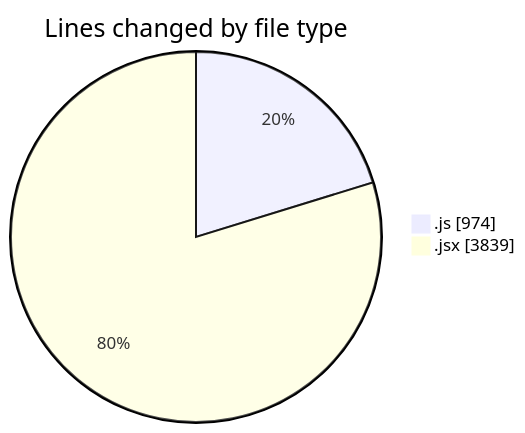
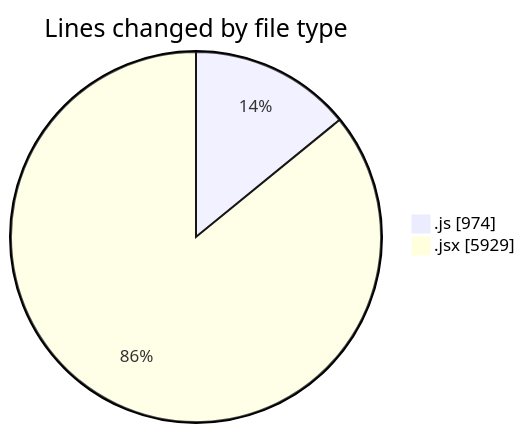
The first of 2 diagrams in 2025-12-05/nxtqube_webapp/README.md (nxtqubesakshisongat/code-tracking), drawn with Mermaid before and after one commit. The commit also changed other lines of this file and 1 other file, not shown here.

````diff
--- a/2025-12-05/nxtqube_webapp/README.md
+++ b/2025-12-05/nxtqube_webapp/README.md
@@ -24,6 +25,6 @@
 ```mermaid
 pie showData
 title Lines changed by file type
 ".js" : 974
-".jsx" : 3839
+".jsx" : 5929
 ```
````
